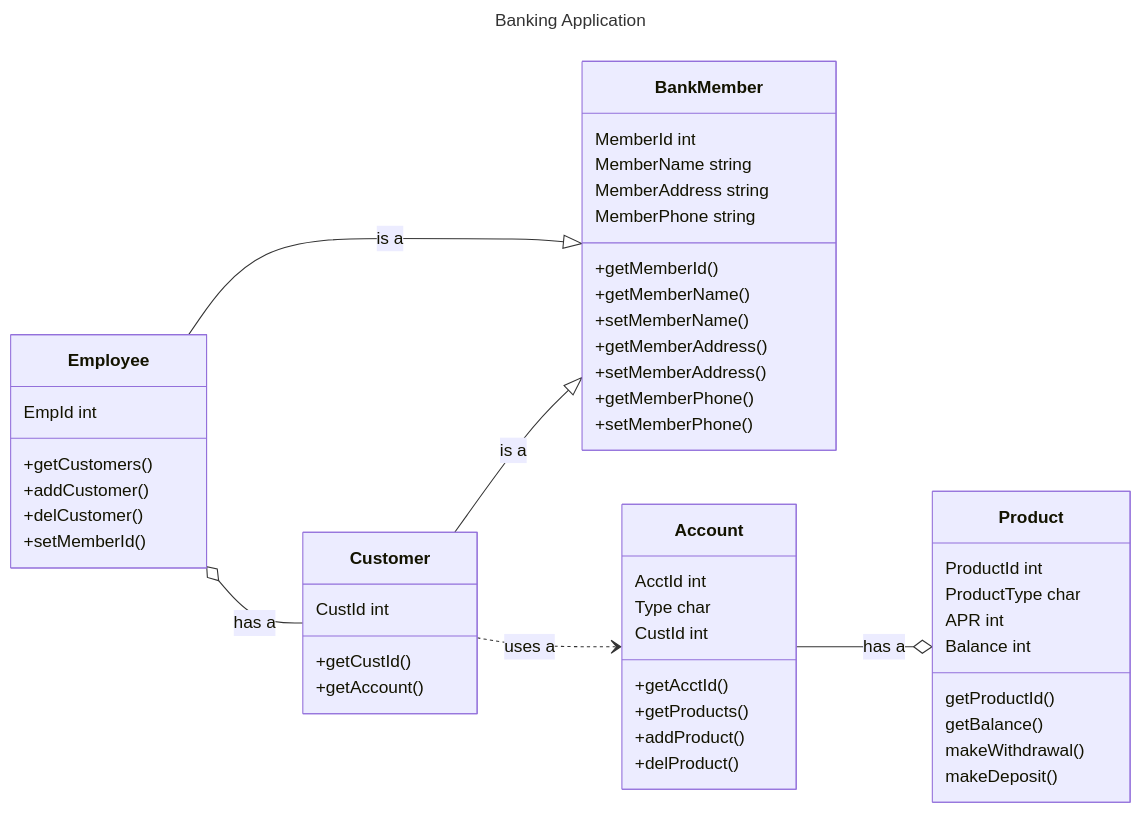
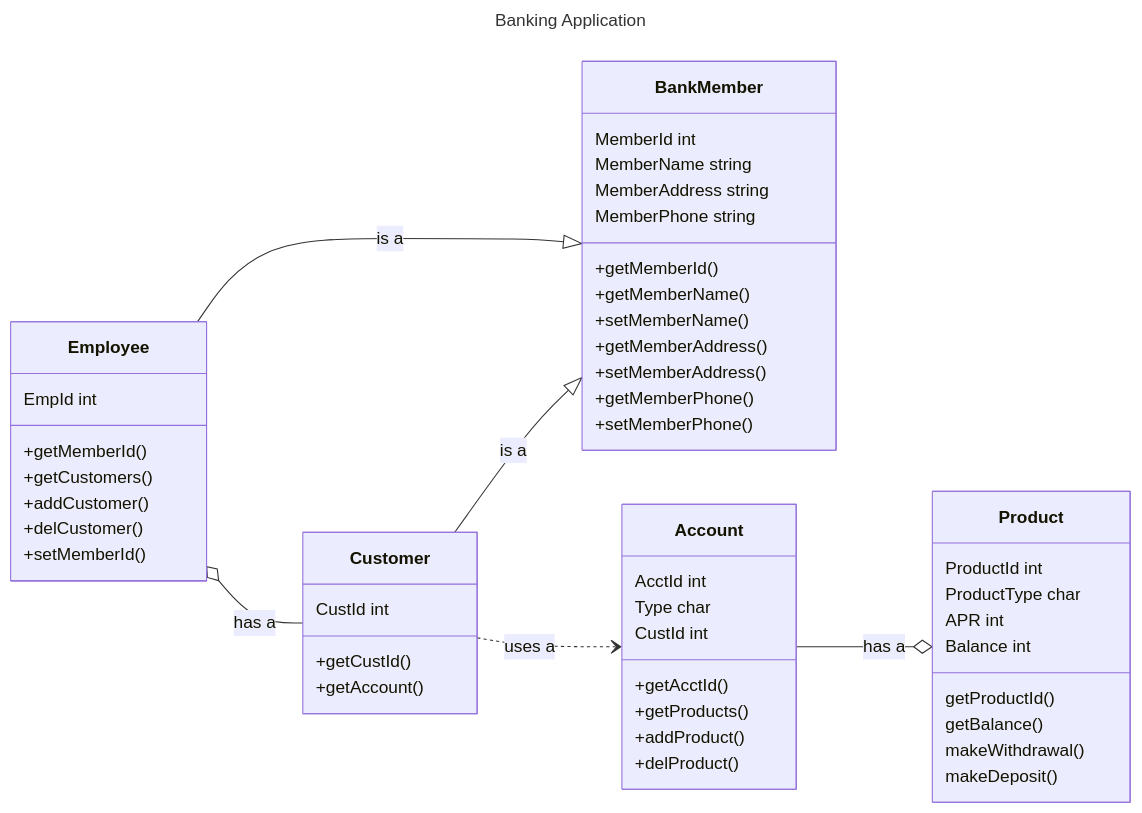
One commit to Marcus-Snell/Test changed the diagram in mermaid.md. Above: the diagram before and after it, drawn with Mermaid.

````diff
--- a/mermaid.md
+++ b/mermaid.md
@@ -1,52 +1,53 @@
 ```mermaid
 ---
 title: Banking Application
 ---
 classDiagram
 direction LR
 BankMember
 BankMember : MemberId int
 BankMember : MemberName string
 BankMember : MemberAddress string
 BankMember : MemberPhone string
 BankMember : +getMemberId()
 BankMember : +getMemberName()
 BankMember : +setMemberName()
 BankMember : +getMemberAddress()
 BankMember : +setMemberAddress()
 BankMember : +getMemberPhone()
 BankMember : +setMemberPhone()
 
 Employee --|> BankMember : is a
 Employee o-- Customer : has a
 Employee : EmpId int
+Employee : +getMemberId()
 Employee : +getCustomers()
 Employee : +addCustomer()
 Employee : +delCustomer()
 Employee : +setMemberId()
 
 Customer --|> BankMember : is a
 Customer ..> Account : uses a
 Customer : CustId int
 Customer : +getCustId()
 Customer : +getAccount()
 
 Account --o Product : has a
 Account : AcctId int
 Account : Type char
 Account : CustId int
 Account : +getAcctId()
 Account : +getProducts()
 Account : +addProduct()
 Account : +delProduct()
 
 Product : ProductId int
 Product : ProductType char
 Product : APR int
 Product : Balance int
 Product : getProductId()
 Product : getBalance()
 Product : makeWithdrawal()
 Product : makeDeposit()
 
 ```
````
